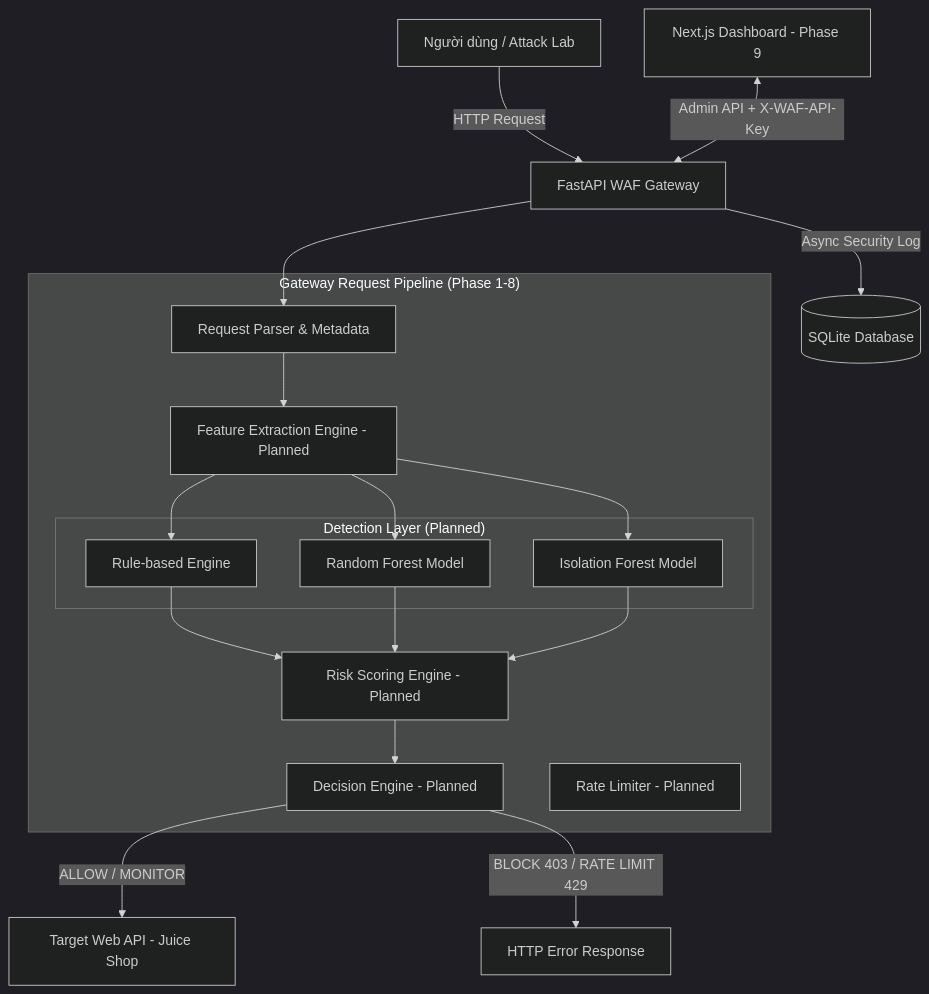
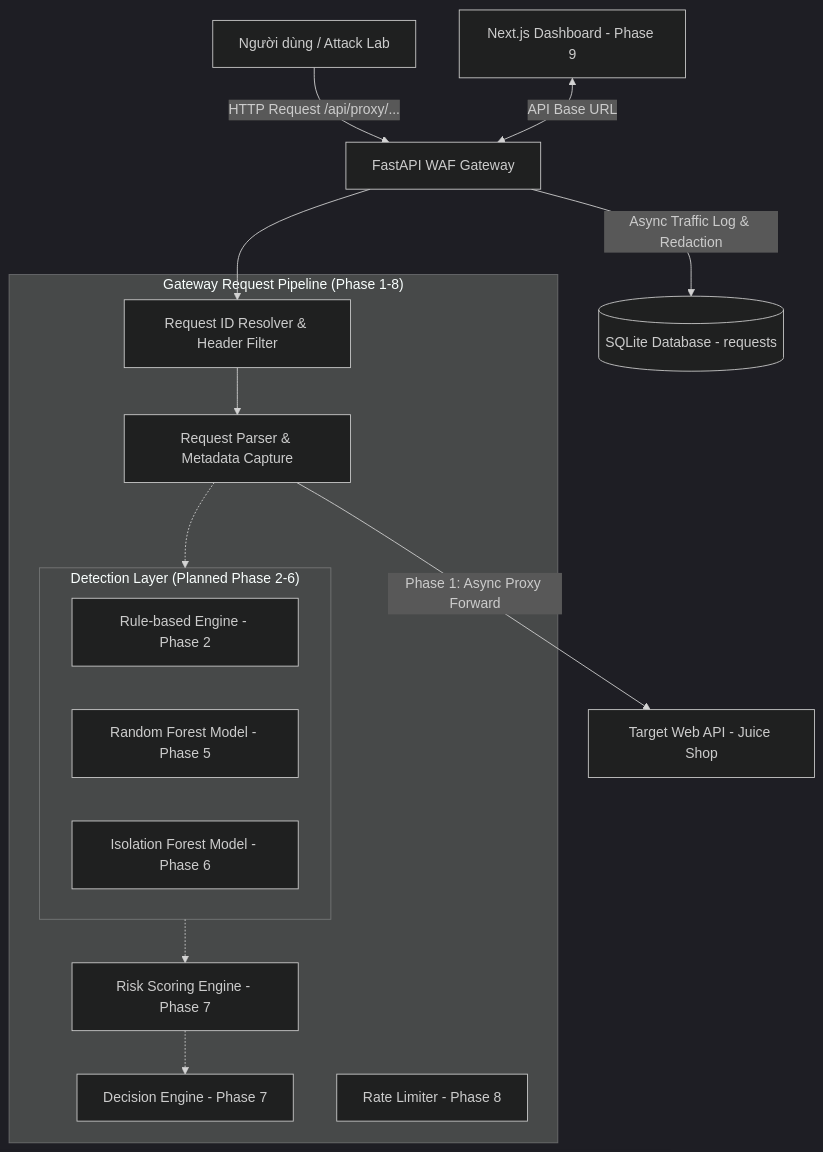
The diagram in docs/ARCHITECTURE.md (vcongggggg/pbl6), drawn with Mermaid (dark theme) before and after one commit. The commit also changed other lines of this file and 22 other files, not shown here.

Commit message:
feat(gateway): implement real API gateway infrastructure

````diff
--- a/docs/ARCHITECTURE.md
+++ b/docs/ARCHITECTURE.md
@@ -7,36 +7,30 @@
 ```mermaid
 graph TD
-    Client[Người dùng / Attack Lab] -->|HTTP Request| Gateway[FastAPI WAF Gateway]
+    Client[Người dùng / Attack Lab] -->|HTTP Request /api/proxy/...| Gateway[FastAPI WAF Gateway]
     
     subgraph Gateway_Pipeline["Gateway Request Pipeline (Phase 1-8)"]
-        Parser[Request Parser & Metadata]
-        Extractor[Feature Extraction Engine - Planned]
+        ReqID[Request ID Resolver & Header Filter]
+        Parser[Request Parser & Metadata Capture]
         
-        subgraph Detection_Engines["Detection Layer (Planned)"]
-            RuleEngine[Rule-based Engine]
-            RFEngine[Random Forest Model]
-            IFEngine[Isolation Forest Model]
+        subgraph Detection_Engines["Detection Layer (Planned Phase 2-6)"]
+            RuleEngine[Rule-based Engine - Phase 2]
+            RFEngine[Random Forest Model - Phase 5]
+            IFEngine[Isolation Forest Model - Phase 6]
         end
         
-        RiskEngine[Risk Scoring Engine - Planned]
-        DecisionEngine[Decision Engine - Planned]
-        RateLimiter[Rate Limiter - Planned]
+        RiskEngine[Risk Scoring Engine - Phase 7]
+        DecisionEngine[Decision Engine - Phase 7]
+        RateLimiter[Rate Limiter - Phase 8]
     end
     
-    Gateway --> Parser
-    Parser --> Extractor
-    Extractor --> RuleEngine
-    Extractor --> RFEngine
-    Extractor --> IFEngine
+    Gateway --> ReqID
+    ReqID --> Parser
+    Parser -.-> Detection_Engines
+    Detection_Engines -.-> RiskEngine
+    RiskEngine -.-> DecisionEngine
     
-    RuleEngine --> RiskEngine
-    RFEngine --> RiskEngine
-    IFEngine --> RiskEngine
+    Parser -->|Phase 1: Async Proxy Forward| Target[Target Web API - Juice Shop]
     
-    RiskEngine --> DecisionEngine
-    DecisionEngine -->|ALLOW / MONITOR| Target[Target Web API - Juice Shop]
-    DecisionEngine -->|BLOCK 403 / RATE LIMIT 429| BlockResponse[HTTP Error Response]
-    
-    Gateway -->|Async Security Log| DB[(SQLite Database)]
-    Dashboard[Next.js Dashboard - Phase 9] <-->|Admin API + X-WAF-API-Key| Gateway
+    Gateway -->|Async Traffic Log & Redaction| DB[(SQLite Database - requests)]
+    Dashboard[Next.js Dashboard - Phase 9] <-->|API Base URL| Gateway
 ```
````
